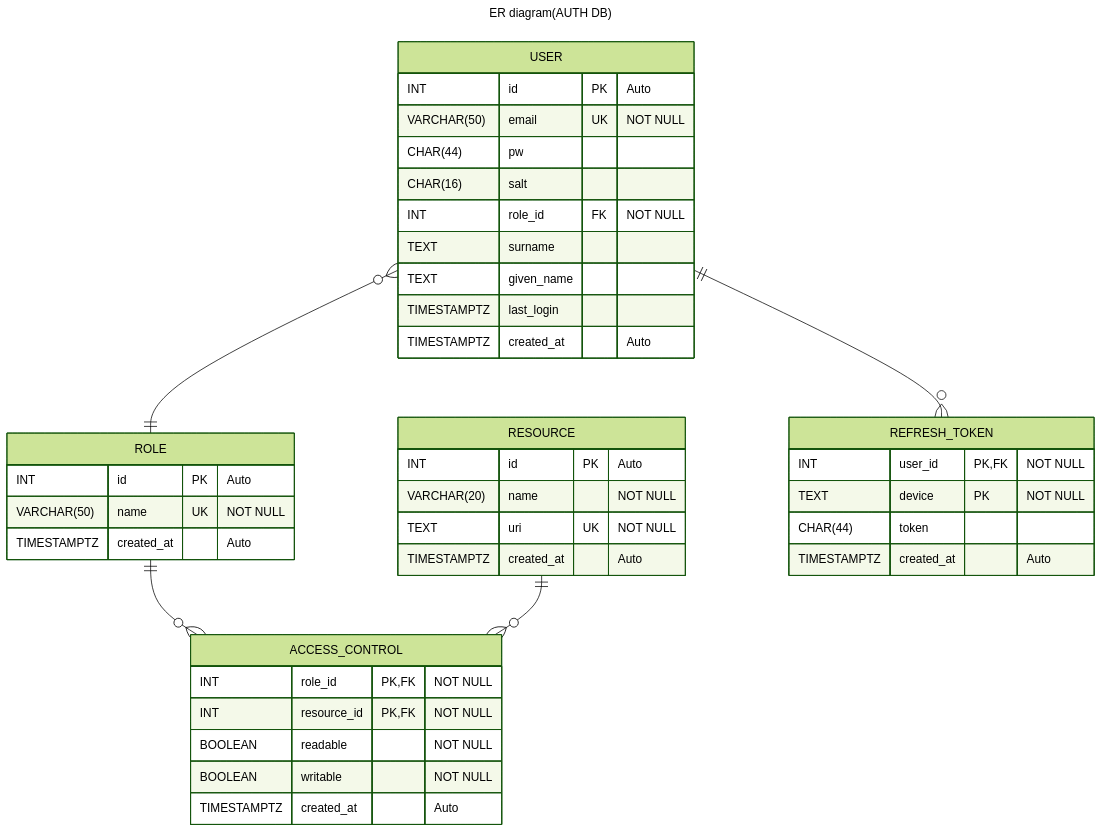
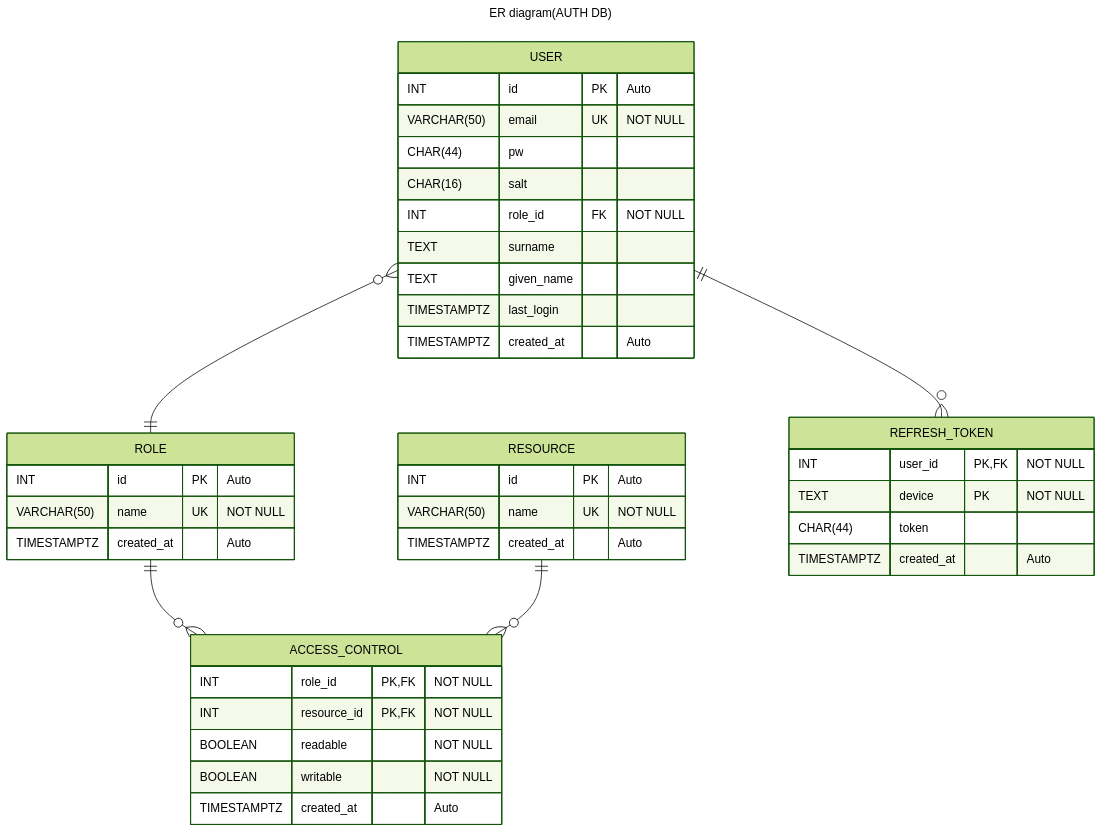
Before and after one commit to junekimdev/boilerplate-node-api: the first of 2 diagrams in doc/database_ER_diagrams.md, drawn with Mermaid (forest theme). The commit also changed 2 other files, not shown here.

Commit message:
Update resource table in DB

````diff
--- a/doc/database_ER_diagrams.md
+++ b/doc/database_ER_diagrams.md
@@ -7,52 +7,51 @@
 ```mermaid
 ---
 title: ER diagram(AUTH DB)
 ---
 erDiagram
 
 ROLE {
   INT id PK "Auto"
   VARCHAR(50) name UK "NOT NULL"
   TIMESTAMPTZ created_at "Auto"
 }
 
 RESOURCE {
   INT id PK "Auto"
-  VARCHAR(20) name "NOT NULL"
-  TEXT uri UK "NOT NULL"
+  VARCHAR(50) name UK "NOT NULL"
   TIMESTAMPTZ created_at "Auto"
 }
 
 ACCESS_CONTROL {
   INT role_id PK, FK "NOT NULL"
   INT resource_id PK, FK "NOT NULL"
   BOOLEAN readable "NOT NULL"
   BOOLEAN writable "NOT NULL"
   TIMESTAMPTZ created_at "Auto"
 }
 
 USER {
   INT id PK "Auto"
   VARCHAR(50) email UK "NOT NULL"
   CHAR(44) pw
   CHAR(16) salt
   INT role_id FK "NOT NULL"
   TEXT surname
   TEXT given_name
   TIMESTAMPTZ last_login
   TIMESTAMPTZ created_at "Auto"
 }
 
 REFRESH_TOKEN {
   INT user_id PK, FK "NOT NULL"
   TEXT device PK "NOT NULL"
   CHAR(44) token
   TIMESTAMPTZ created_at "Auto"
 }
 
 ROLE ||--o{ ACCESS_CONTROL : ""
 RESOURCE ||--o{ ACCESS_CONTROL : ""
 
 USER }o--|| ROLE : ""
 USER ||--o{ REFRESH_TOKEN : ""
 ```
````
